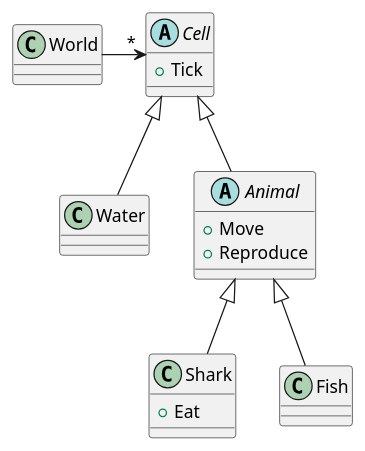
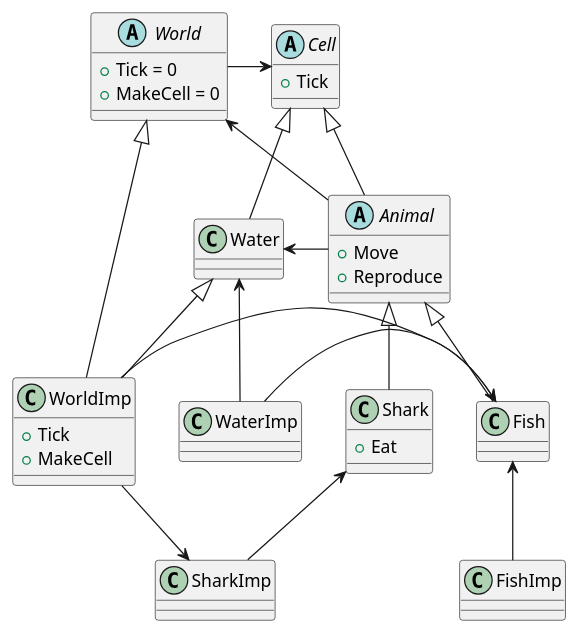
One commit to k2works/pragmatic-programing-exercise-2025 changed the diagram in app/wa-tor/README.md. Above: the diagram before and after it, drawn with PlantUML.

Commit message:
docs: update class diagram in README to reflect new world and animal implementations

````diff
--- a/app/wa-tor/README.md
+++ b/app/wa-tor/README.md
@@ -21,23 +21,43 @@
 ```plantuml
-class World
+abstract class World {
++ Tick = 0
++ MakeCell = 0
+}
 abstract class Cell {
 + Tick
 }
 class Water
+class WaterImp
 abstract class Animal {
 + Move
 + Reproduce
 }
 class Shark {
 + Eat
 }
+class SharkImp
 class Fish
+class FishImp
+class WorldImp{
++ Tick
++ MakeCell
+}
 
-World -> "*" Cell
+World -> Cell
+World <|--- WorldImp
+World <- Animal
+Water <- Animal
+Water <|-- WorldImp
+Water <-- WaterImp
+WaterImp -> Fish
+WorldImp -> Fish
+WorldImp -> SharkImp
+Fish <-- FishImp
+Shark <-- SharkImp
 Cell <|-- Water
 Cell <|-- Animal
 Animal <|-- Shark
 Animal <|-- Fish
 
 
 ```
````
